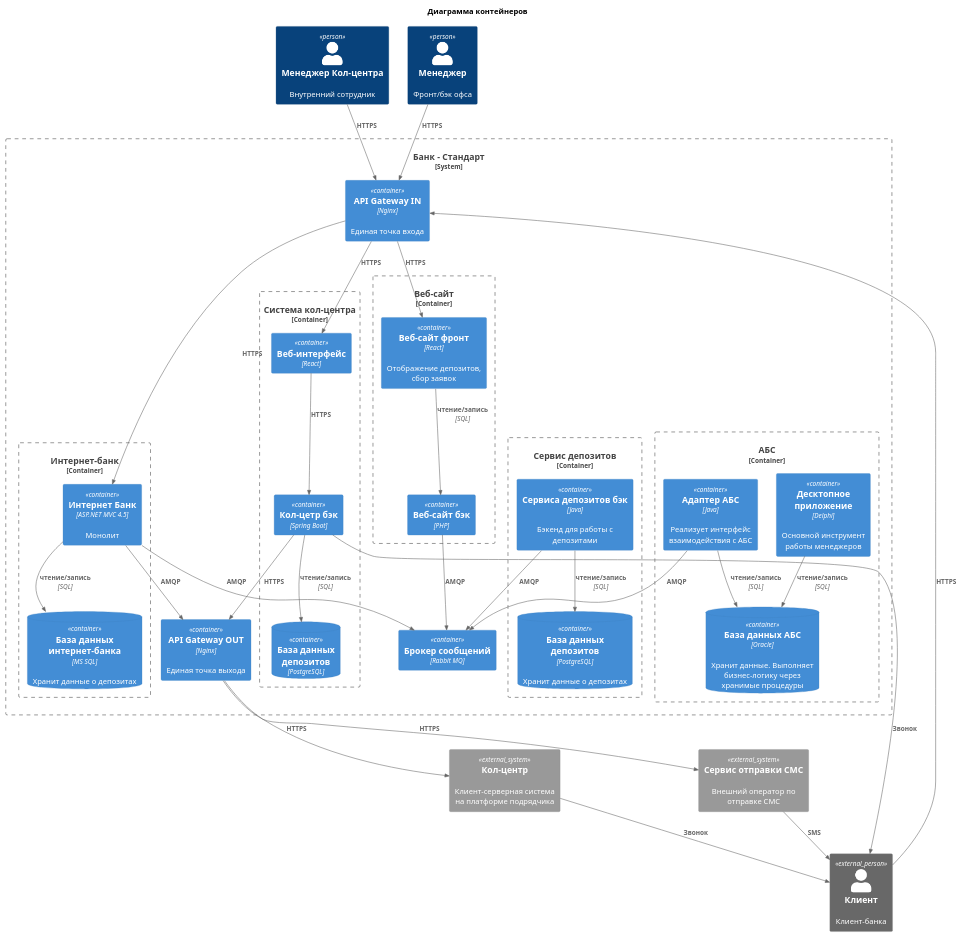
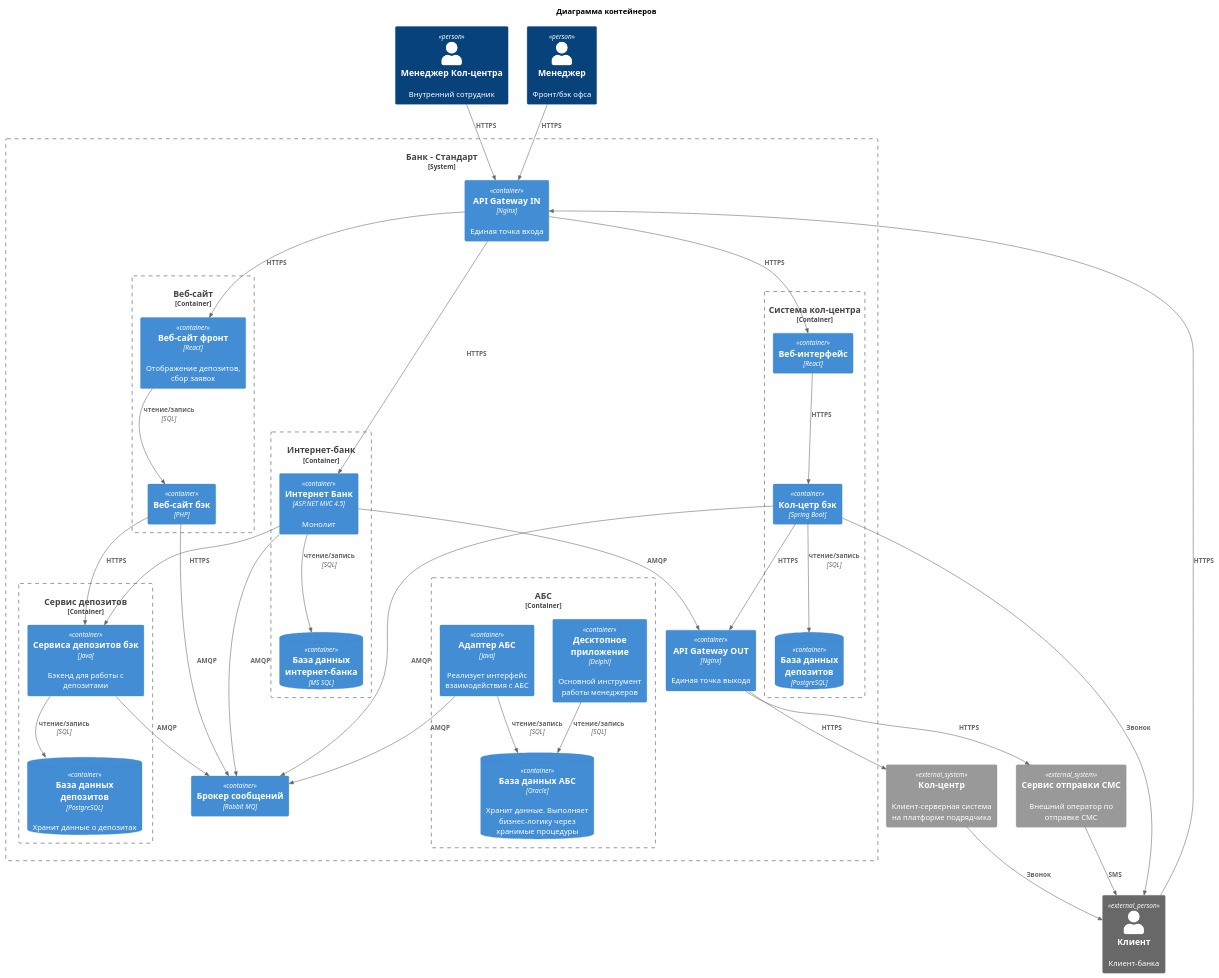
One commit to pgalonza/architecture-standart changed the diagram in Task3/c4_containers.puml. Above: the diagram before and after it, drawn with PlantUML. The commit also changed 3 other files, not shown here.

```diff
--- a/Task3/c4_containers.puml
+++ b/Task3/c4_containers.puml
@@ -1,73 +1,76 @@
 @startuml
 !include https://raw.githubusercontent.com/plantuml-stdlib/C4-PlantUML/master/C4_Container.puml
 
 title Диаграмма контейнеров
 
 Person_Ext(client, "Клиент", "Клиент-банка")
 System_Ext(callcenter, "Кол-центр", "Клиент-серверная система на платформе подрядчика")
 System_Ext(sms_operator, "Сервис отправки СМС", "Внешний оператор по отправке СМС")
 Person(callcenter_manager, "Менеджер Кол-центра", "Внутренний сотрудник")
 Person(manager, "Менеджер", "Фронт/бэк офса")
 
 System_Boundary(bank, "Банк – Стандарт") {
     Container(api_gateway_in, "API Gateway IN", "Nginx", "Единая точка входа")
     Container(api_gateway_out, "API Gateway OUT", "Nginx", "Единая точка выхода")
 
     Container_Boundary(web_site, "Веб-сайт") {
         Container(web_site_frontend, "Веб-сайт фронт", "React", "Отображение депозитов, сбор заявок")
         Container(web_site_backend, "Веб-сайт бэк", "PHP")
         Rel(web_site_frontend, web_site_backend, "чтение/запись", "SQL")
     }
 
     Container_Boundary(internet_bank, "Интернет-банк") {
         Container(bank_online, "Интернет Банк", "ASP.NET MVC 4.5", "Монолит")
-        ContainerDb(bank_online_db, "База данных интернет-банка", "MS SQL", "Хранит данные о депозитах")
+        ContainerDb(bank_online_db, "База данных интернет-банка", "MS SQL")
         Rel(bank_online, bank_online_db, "чтение/запись", "SQL")
     }
 
     Container_Boundary(abs, "АБС") {
         Container(abs_connector, "Адаптер АБС", "Java", "Реализует интерфейс взаимодействия с АБС")
         Container(abs_client, "Десктопное приложение", "Delphi", "Основной инструмент работы менеджеров")
         ContainerDb(abs_db, "База данных АБС", "Oracle", "Хранит данные. Выполняет бизнес-логику через хранимые процедуры")
         Rel(abs_client, abs_db, "чтение/запись", "SQL")
         Rel(abs_connector, abs_db, "чтение/запись", "SQL")
     }
 
     Container_Boundary(deposits_service, "Сервис депозитов") {
         Container(deposits_backend, "Cервиса депозитов бэк", "Java", "Бэкенд для работы с депозитами")
         ContainerDb(deposits_db, "База данных депозитов", "PostgreSQL", "Хранит данные о депозитах")
         Rel(deposits_backend, deposits_db, "чтение/запись", "SQL")
     }
 
     Container_Boundary(call_center_service, "Система кол-центра") {
         Container(call_center_frontend, "Веб-интерфейс", "React")
         Container(call_center_backend, "Кол-цетр бэк", "Spring Boot")
         ContainerDb(call_center_db, "База данных депозитов", "PostgreSQL")
         Rel(call_center_frontend, call_center_backend, "HTTPS")
         Rel(call_center_backend, call_center_db, "чтение/запись", "SQL")
     }
 
     Container(message_broker, "Брокер сообщений", "Rabbit MQ")
 
     Rel(api_gateway_in, bank_online, "HTTPS")
     Rel(api_gateway_in, web_site_frontend, "HTTPS")
     Rel(api_gateway_in, call_center_frontend, "HTTPS")
     Rel(web_site_backend, message_broker, "AMQP")
     Rel(bank_online, message_broker, "AMQP")
     Rel(deposits_backend, message_broker, "AMQP")
     Rel(abs_connector, message_broker, "AMQP")
     Rel(bank_online, api_gateway_out, "AMQP")
+    Rel(call_center_backend, message_broker, "AMQP")
     Rel(call_center_backend, api_gateway_out, "HTTPS")
+    Rel(bank_online, deposits_backend, "HTTPS")
+    Rel(web_site_backend, deposits_backend, "HTTPS")
 
 }
 
 Rel(api_gateway_out, sms_operator, "HTTPS")
 Rel(api_gateway_out, callcenter, "HTTPS")
 Rel(sms_operator, client, "SMS")
 Rel(client, api_gateway_in, "HTTPS")
 Rel(callcenter_manager, api_gateway_in, "HTTPS")
 Rel(manager, api_gateway_in, "HTTPS")
 Rel(call_center_backend, client, "Звонок")
 Rel(callcenter, client, "Звонок")
 
 @enduml
```
